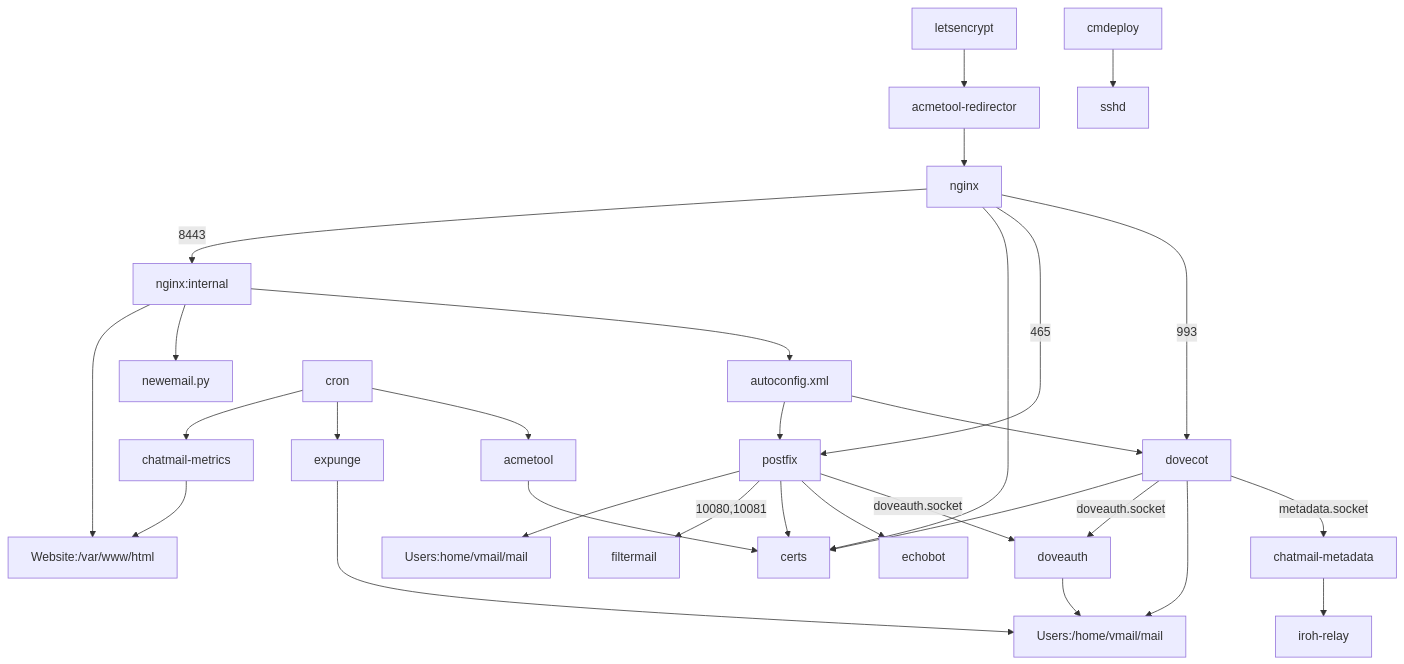
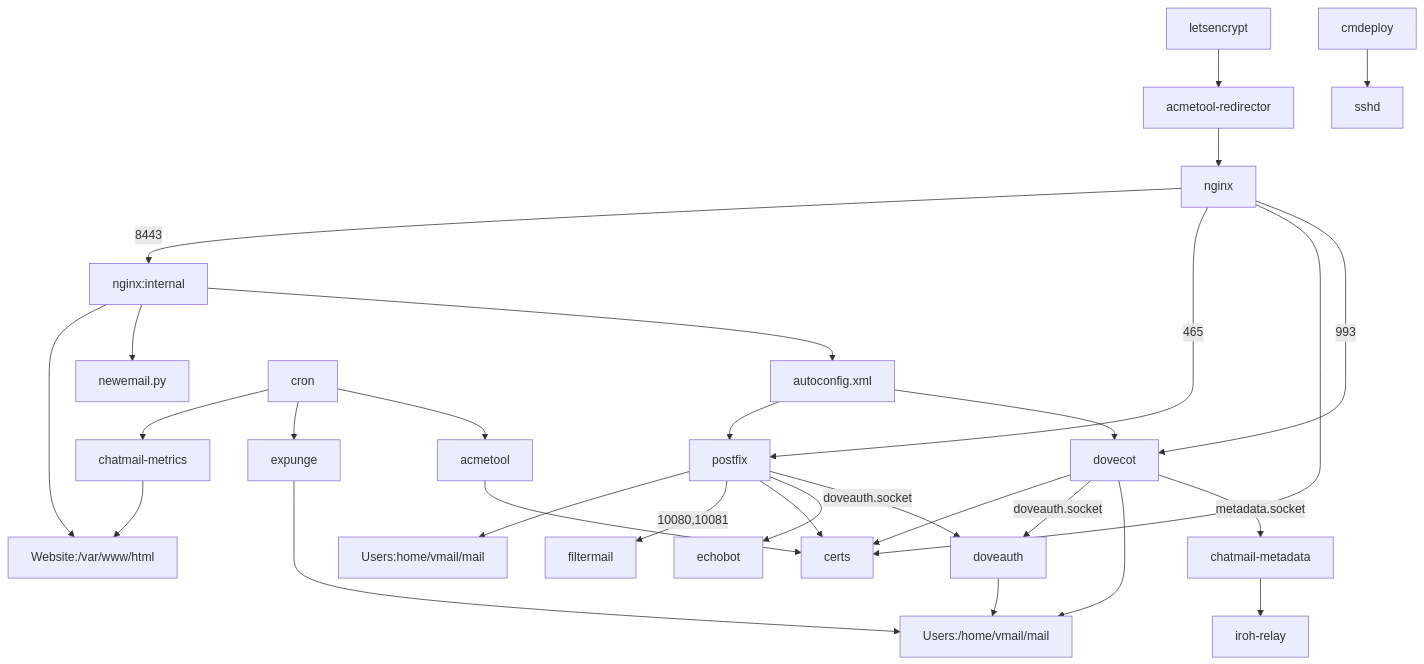
Before and after one commit to cliffmccarthy/chatmail-relay: the diagram in ARCHITECTURE.md, drawn with Mermaid. The commit also changed other lines of this file, not shown here.

````diff
--- a/ARCHITECTURE.md
+++ b/ARCHITECTURE.md
@@ -4,32 +4,32 @@
 ```mermaid
 graph TD;
     letsencrypt --> acmetool-redirector;
     acmetool-redirector --> nginx;
     nginx --> |8443|nginx:internal;
     nginx:internal --> Website:/var/www/html;
     nginx:internal --> newemail.py;
     nginx:internal --> autoconfig.xml;
     cron --> chatmail-metrics;
     cron --> expunge;
     cron --> acmetool;
     chatmail-metrics --> Website:/var/www/html;
     acmetool --> certs;
+    nginx --> |465|postfix;
     nginx --> certs;
-    nginx --> |465|postfix;
     nginx --> |993|dovecot;
     autoconfig.xml --> postfix;
     autoconfig.xml --> dovecot;
     postfix --> Users:home/vmail/mail;
     postfix --> |10080,10081|filtermail;
     postfix --> certs;
     postfix --> echobot;
     postfix --> |doveauth.socket|doveauth;
     dovecot --> certs;
     dovecot --> |doveauth.socket|doveauth;
     dovecot --> Users:/home/vmail/mail;
     dovecot --> |metadata.socket|chatmail-metadata;
     doveauth --> Users:/home/vmail/mail;
     expunge --> Users:/home/vmail/mail;
     chatmail-metadata --> iroh-relay;
     cmdeploy --> sshd;
 ```
````
